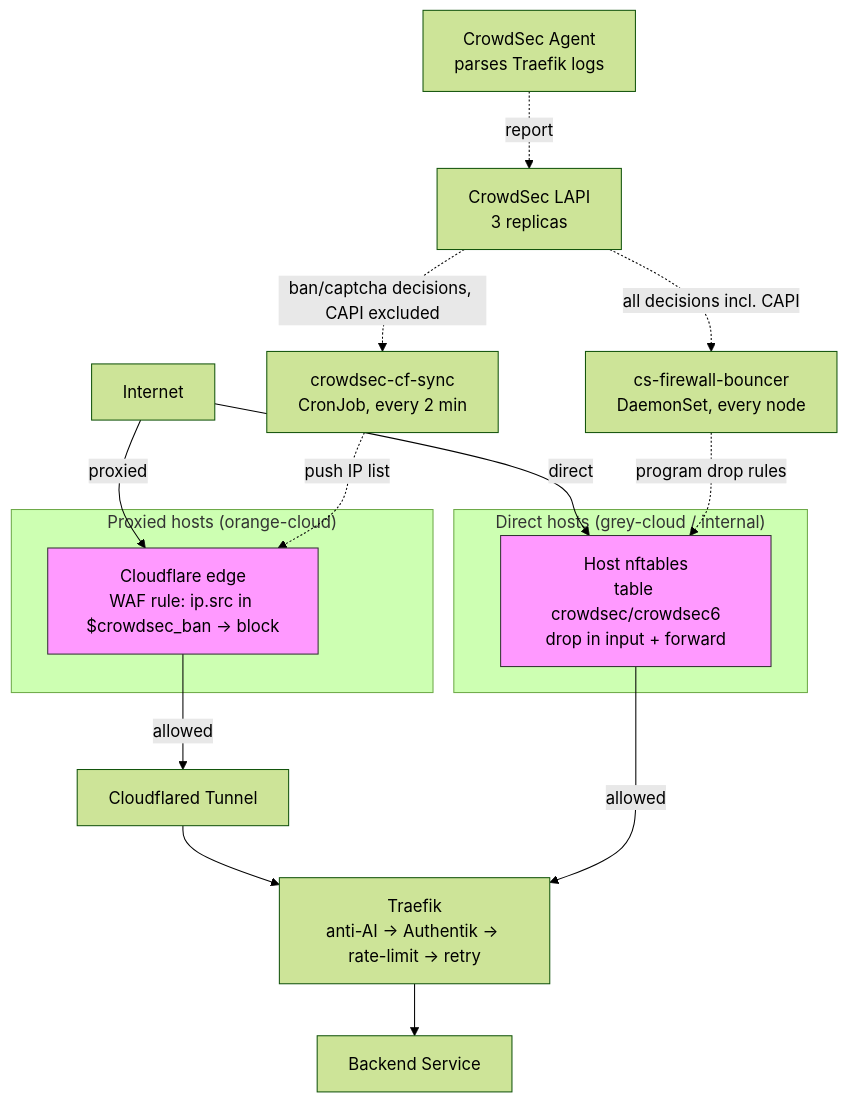
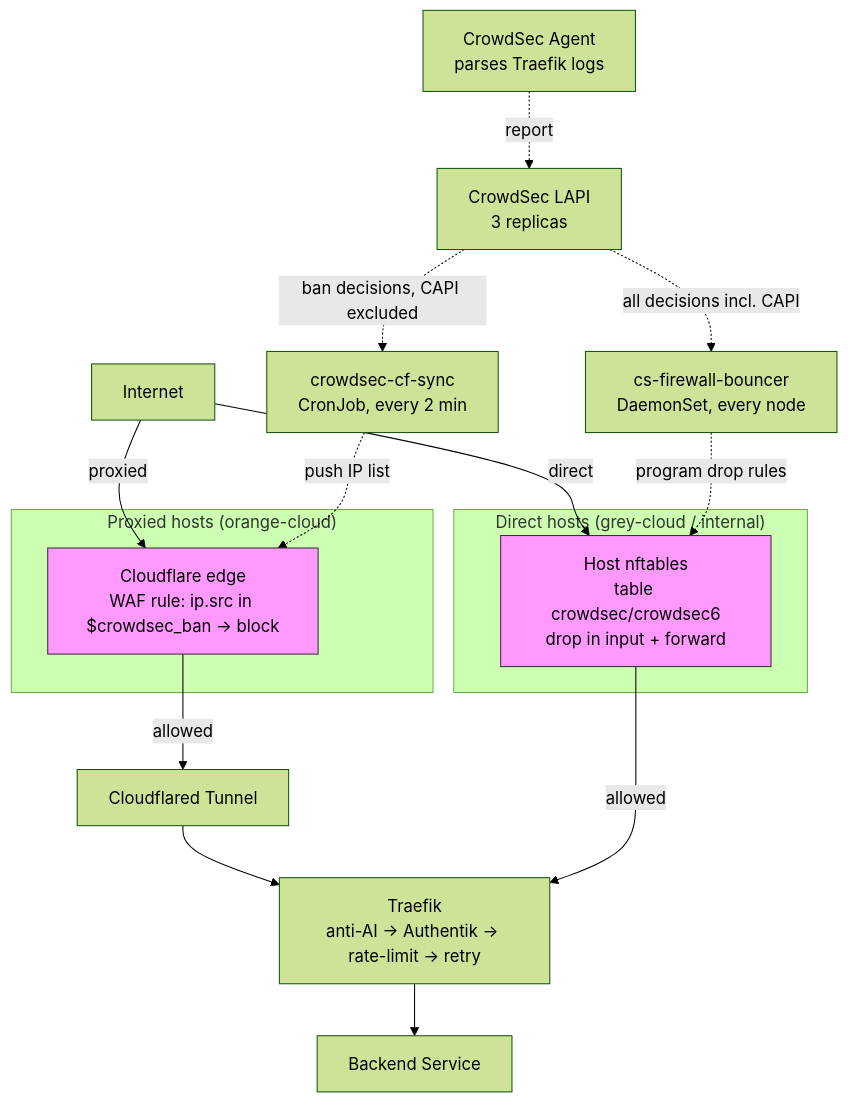
Before and after one commit to ViktorBarzin/infra: the diagram in docs/architecture/security.md, drawn with Mermaid (forest theme). The commit also changed other lines of this file and 3 other files, not shown here.

````diff
--- a/docs/architecture/security.md
+++ b/docs/architecture/security.md
@@ -14,36 +14,36 @@
 ```mermaid
 graph TB
     Internet[Internet]
 
     subgraph "Proxied hosts (orange-cloud)"
         CFedge[Cloudflare edge<br/>WAF rule: ip.src in $crowdsec_ban → block]
     end
     subgraph "Direct hosts (grey-cloud / internal)"
         NFT[Host nftables<br/>table crowdsec/crowdsec6<br/>drop in input + forward]
     end
 
     Tunnel[Cloudflared Tunnel]
     Traefik[Traefik<br/>anti-AI → Authentik → rate-limit → retry]
     Backend[Backend Service]
 
     LAPI[CrowdSec LAPI<br/>3 replicas]
     Agent[CrowdSec Agent<br/>parses Traefik logs]
     FWB[cs-firewall-bouncer<br/>DaemonSet, every node]
     CFsync[crowdsec-cf-sync<br/>CronJob, every 2 min]
 
     Internet -->|proxied| CFedge
     Internet -->|direct| NFT
     CFedge -->|allowed| Tunnel
     Tunnel --> Traefik
     NFT -->|allowed| Traefik
     Traefik --> Backend
 
     Agent -.->|report| LAPI
     LAPI -.->|all decisions incl. CAPI| FWB
     FWB -.->|program drop rules| NFT
-    LAPI -.->|ban/captcha decisions, CAPI excluded| CFsync
+    LAPI -.->|ban decisions, CAPI excluded| CFsync
     CFsync -.->|push IP list| CFedge
 
     style CFedge fill:#f9f,stroke:#333
     style NFT fill:#f9f,stroke:#333
 ```
````
